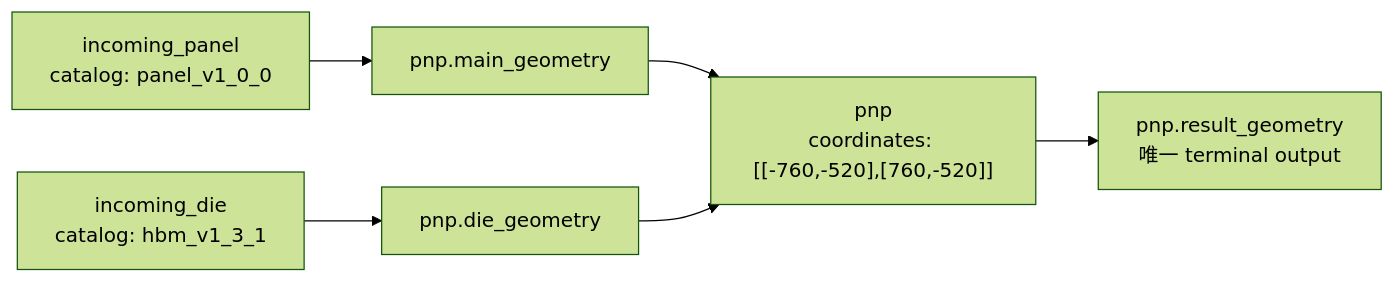
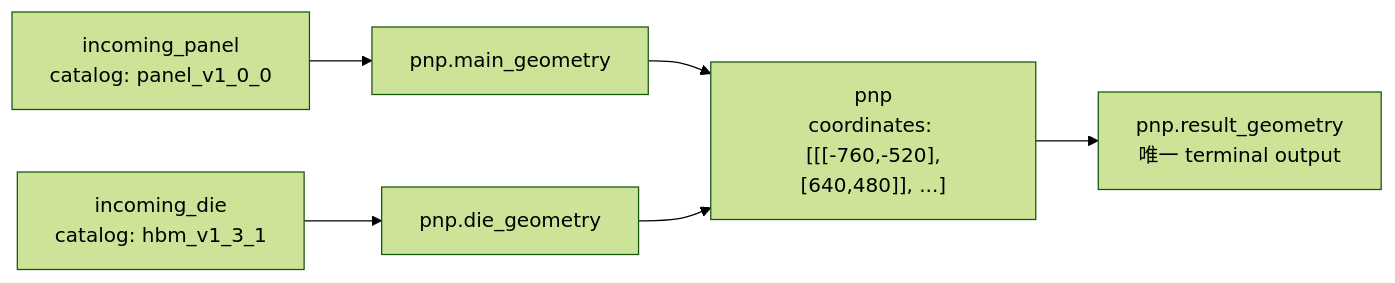
One commit to henry861010/process_flow_v2 changed the second of 6 diagrams in docs/data-model.md. Above: the diagram before and after it, drawn with Mermaid (forest theme). The commit also changed other lines of this file and 30 other files, not shown here.

````diff
--- a/docs/data-model.md
+++ b/docs/data-model.md
@@ -117,8 +117,8 @@
 ```mermaid
 flowchart LR
   Panel["incoming_panel<br/>catalog: panel_v1_0_0"] --> Main["pnp.main_geometry"]
   Die["incoming_die<br/>catalog: hbm_v1_3_1"] --> Aux["pnp.die_geometry"]
-  Main --> PnP["pnp<br/>coordinates: [[-760,-520],[760,-520]]"]
+  Main --> PnP["pnp<br/>coordinates: [[[-760,-520],[640,480]], ...]"]
   Aux --> PnP
   PnP --> Result["pnp.result_geometry<br/>唯一 terminal output"]
 ```
````
